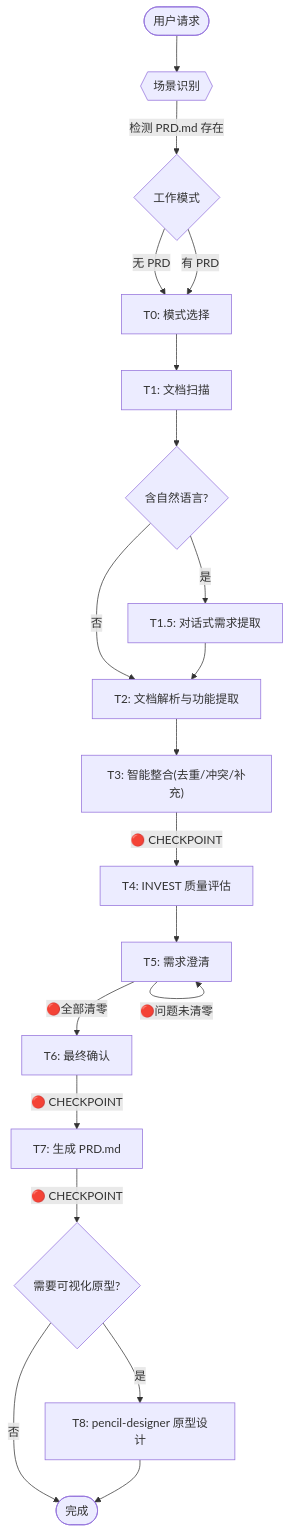
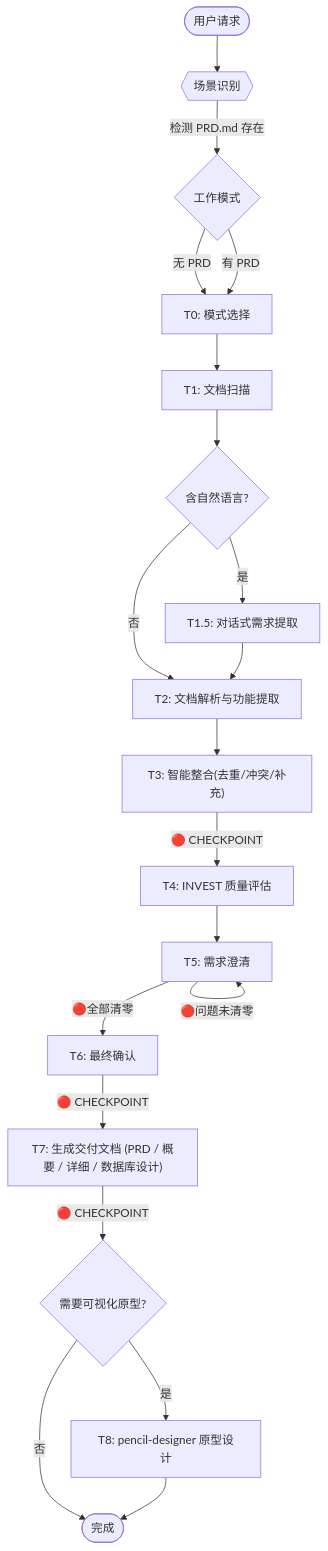
One commit to WikkyGao/requirement-analysis changed the diagram in SKILL.md. Above: the diagram before and after it, drawn with Mermaid. The commit also changed other lines of this file and 9 other files, not shown here.

````diff
--- a/SKILL.md
+++ b/SKILL.md
@@ -17,24 +17,24 @@
 ```mermaid
 graph TD
     START([用户请求]) --> SR{{场景识别}}
     SR -->|检测 PRD.md 存在| Mode{工作模式}
     Mode -->|无 PRD| T0["T0: 模式选择"]
     Mode -->|有 PRD| T0
     T0 --> T1["T1: 文档扫描"]
 
     T1 --> HasNL{含自然语言?}
     HasNL -->|是| T1_5["T1.5: 对话式需求提取"]
     HasNL -->|否| T2["T2: 文档解析与功能提取"]
     T1_5 --> T2
 
     T2 --> T3["T3: 智能整合(去重/冲突/补充)"]
     T3 -->|🔴 CHECKPOINT| T4["T4: INVEST 质量评估"]
     T4 --> T5["T5: 需求澄清"]
     T5 -->|🔴问题未清零| T5
     T5 -->|🔴全部清零| T6["T6: 最终确认"]
-    T6 -->|🔴 CHECKPOINT| T7["T7: 生成 PRD.md"]
+    T6 -->|🔴 CHECKPOINT| T7["T7: 生成交付文档 (PRD / 概要 / 详细 / 数据库设计)"]
     T7 -->|🔴 CHECKPOINT| T8{"需要可视化原型?"}
     T8 -->|是| T8_Execute["T8: pencil-designer 原型设计"]
     T8 -->|否| END([完成])
     T8_Execute --> END([完成])
 ```
````
